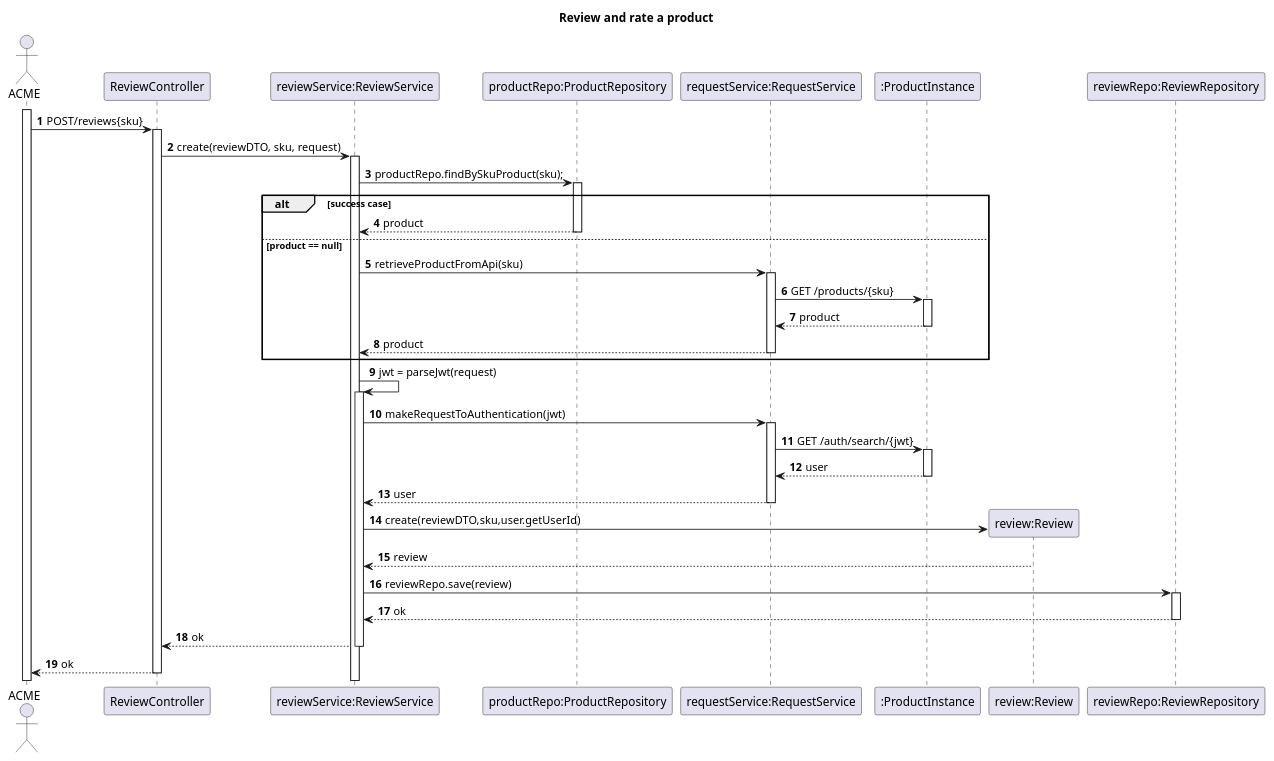
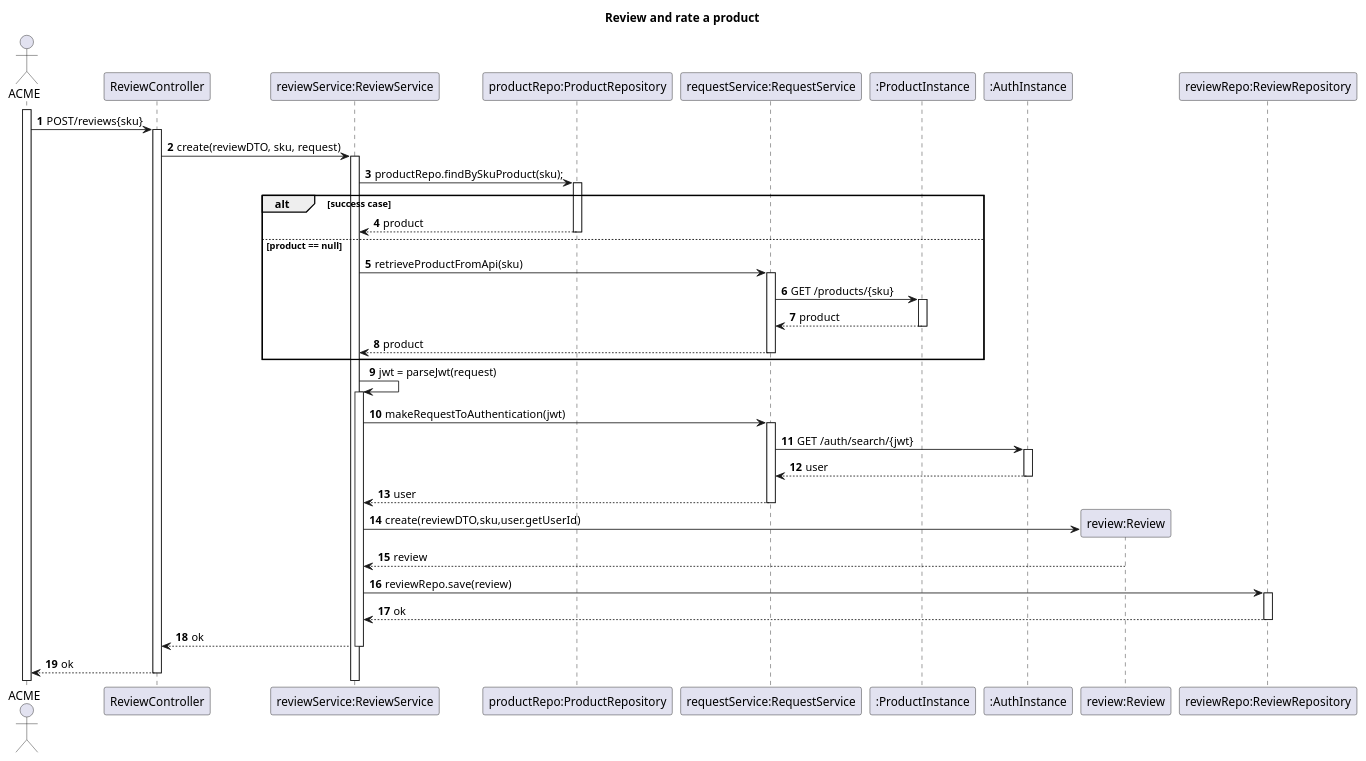
One commit to TiagoNora/SIDIS-Docs changed the diagram in Docs/US04-SD.puml. Above: the diagram before and after it, drawn with PlantUML.

Commit message:
Alterar US04

```diff
--- a/Docs/US04-SD.puml
+++ b/Docs/US04-SD.puml
@@ -1,42 +1,43 @@
 @startuml
 'https://plantuml.com/sequence-diagram
 title Review and rate a product
 autoactivate on
 autonumber
 
 actor "ACME" as User
 participant "ReviewController" as Ctrl
 participant "reviewService:ReviewService" as Svc
 participant "productRepo:ProductRepository" as repository
 participant "requestService:RequestService" as request
 participant ":ProductInstance" as instance
+participant ":AuthInstance" as instanceAuth
 participant "review:Review" as review
 participant "reviewRepo:ReviewRepository" as Repo
 
 activate User
 
 User -> Ctrl : POST/reviews{sku}
 
 Ctrl -> Svc : create(reviewDTO, sku, request)
 Svc -> repository : productRepo.findBySkuProduct(sku);
 alt success case
 repository --> Svc : product
 else product == null
 Svc -> request:retrieveProductFromApi(sku)
 request -> instance: GET /products/{sku}
 instance --> request: product
 request --> Svc: product
 end
 Svc -> Svc: jwt = parseJwt(request)
 Svc -> request: makeRequestToAuthentication(jwt)
-request -> instance: GET /auth/search/{jwt}
-instance --> request: user
+request -> instanceAuth: GET /auth/search/{jwt}
+instanceAuth --> request: user
 request --> Svc: user
 Svc -> review** : create(reviewDTO,sku,user.getUserId)
 review --> Svc :  review
 Svc -> Repo : reviewRepo.save(review)
 Repo --> Svc : ok
 Svc --> Ctrl : ok
 Ctrl --> User : ok
 
 @enduml
```
